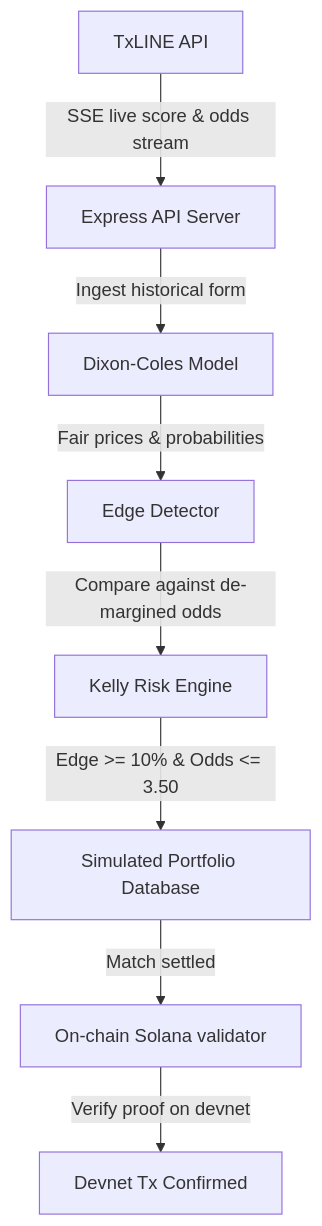
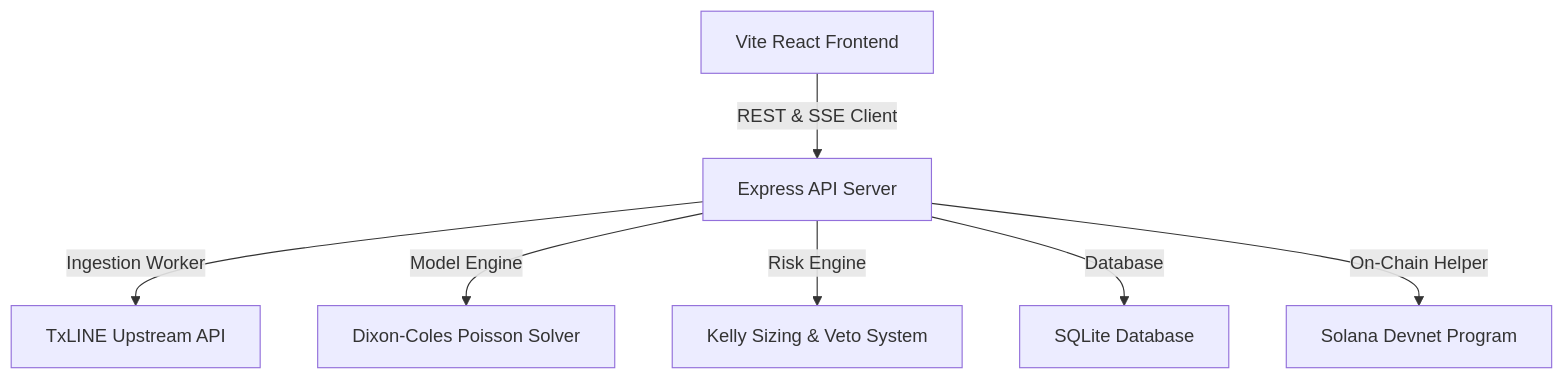
One commit to Thanos0s/Txline_quant changed the diagram in README.md. Above: the diagram before and after it, drawn with Mermaid. The commit also changed other lines of this file, not shown here.

````diff
--- a/README.md
+++ b/README.md
@@ -33,10 +17,9 @@
 ```mermaid
 graph TD
-    A[TxLINE API] -->|SSE live score & odds stream| B[Express API Server]
-    B -->|Ingest historical form| C[Dixon-Coles Model]
-    C -->|Fair prices & probabilities| D[Edge Detector]
-    D -->|Compare against de-margined odds| E[Kelly Risk Engine]
-    E -->|Edge >= 10% & Odds <= 3.50| F[Simulated Portfolio Database]
-    F -->|Match settled| G[On-chain Solana validator]
-    G -->|Verify proof on devnet| H[Devnet Tx Confirmed]
+    A[Vite React Frontend] -->|REST & SSE Client| B[Express API Server]
+    B -->|Ingestion Worker| C[TxLINE Upstream API]
+    B -->|Model Engine| D[Dixon-Coles Poisson Solver]
+    B -->|Risk Engine| E[Kelly Sizing & Veto System]
+    B -->|Database| F[SQLite Database]
+    B -->|On-Chain Helper| G[Solana Devnet Program]
 ```
````
